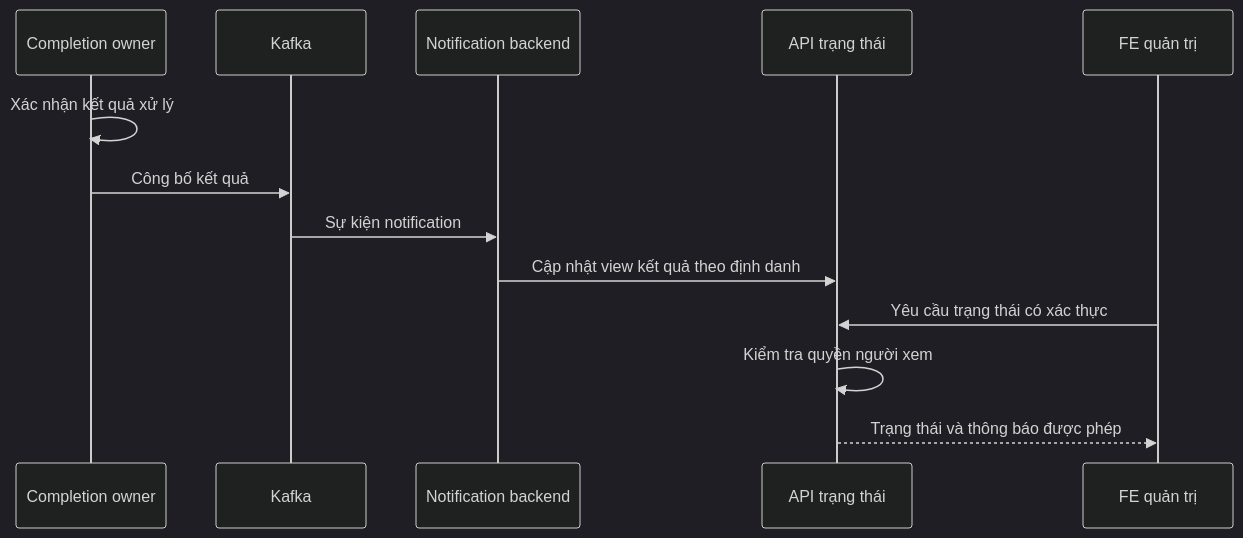
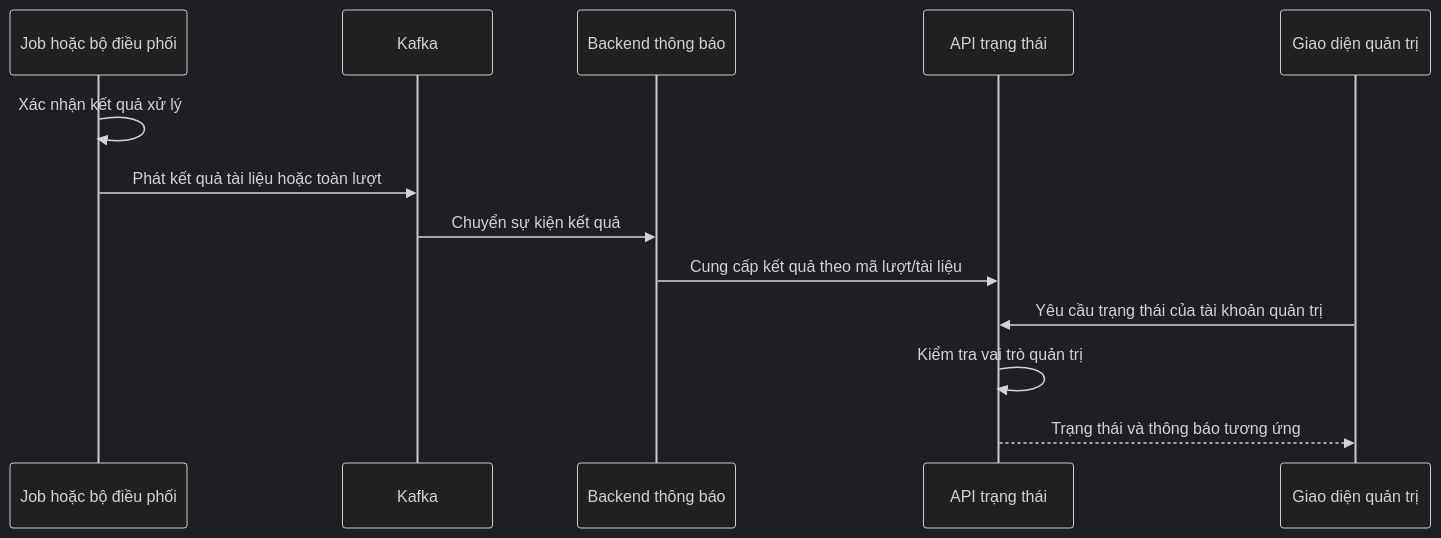
The fourth of 6 diagrams in docs/architecture.md (21tuoino12trieu/Do-An-Ki-Su), drawn with Mermaid (dark theme) before and after one commit. The commit also changed other lines of this file and 13 other files, not shown here.

````diff
--- a/docs/architecture.md
+++ b/docs/architecture.md
@@ -355,15 +276,15 @@
 ```mermaid
 sequenceDiagram
-    participant C as Completion owner
+    participant T as Job hoặc bộ điều phối
     participant K as Kafka
-    participant N as Notification backend
-    participant API as API trạng thái
-    participant UI as FE quản trị
-    C->>C: Xác nhận kết quả xử lý
-    C->>K: Công bố kết quả
-    K->>N: Sự kiện notification
-    N->>API: Cập nhật view kết quả theo định danh
-    UI->>API: Yêu cầu trạng thái có xác thực
-    API->>API: Kiểm tra quyền người xem
-    API-->>UI: Trạng thái và thông báo được phép
+    participant N as Backend thông báo
+    participant A as API trạng thái
+    participant U as Giao diện quản trị
+    T->>T: Xác nhận kết quả xử lý
+    T->>K: Phát kết quả tài liệu hoặc toàn lượt
+    K->>N: Chuyển sự kiện kết quả
+    N->>A: Cung cấp kết quả theo mã lượt/tài liệu
+    U->>A: Yêu cầu trạng thái của tài khoản quản trị
+    A->>A: Kiểm tra vai trò quản trị
+    A-->>U: Trạng thái và thông báo tương ứng
 ```
````
